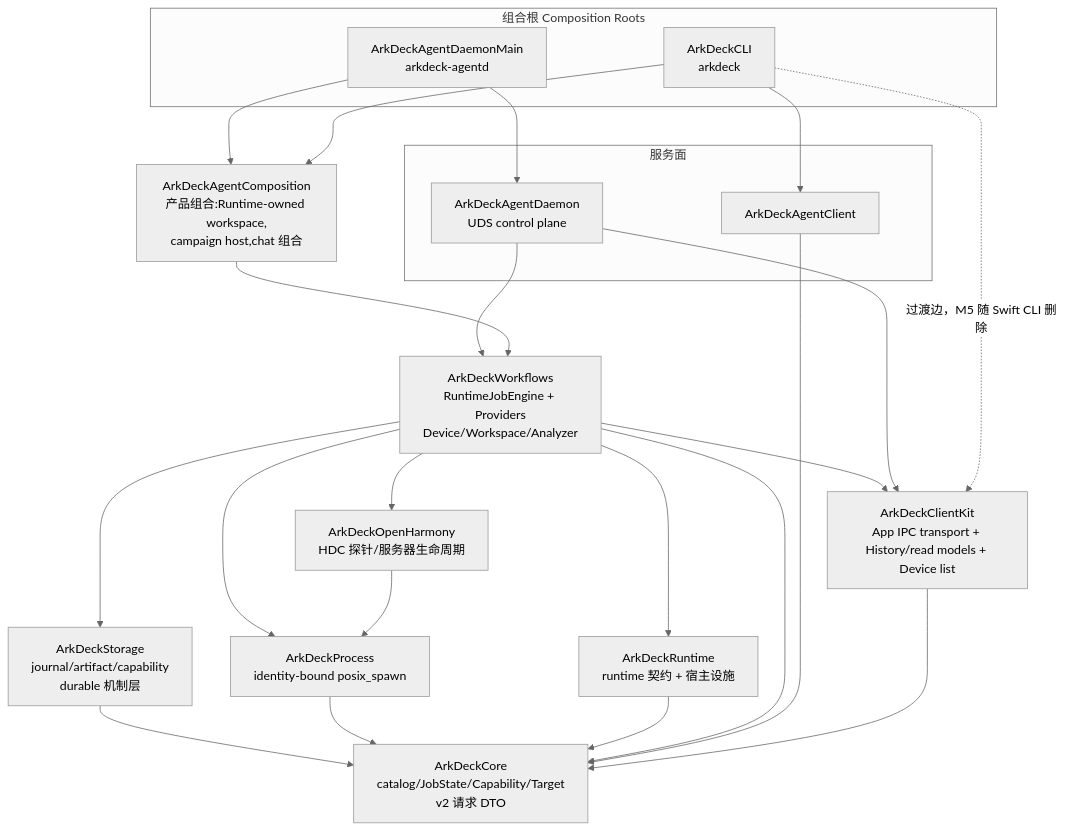
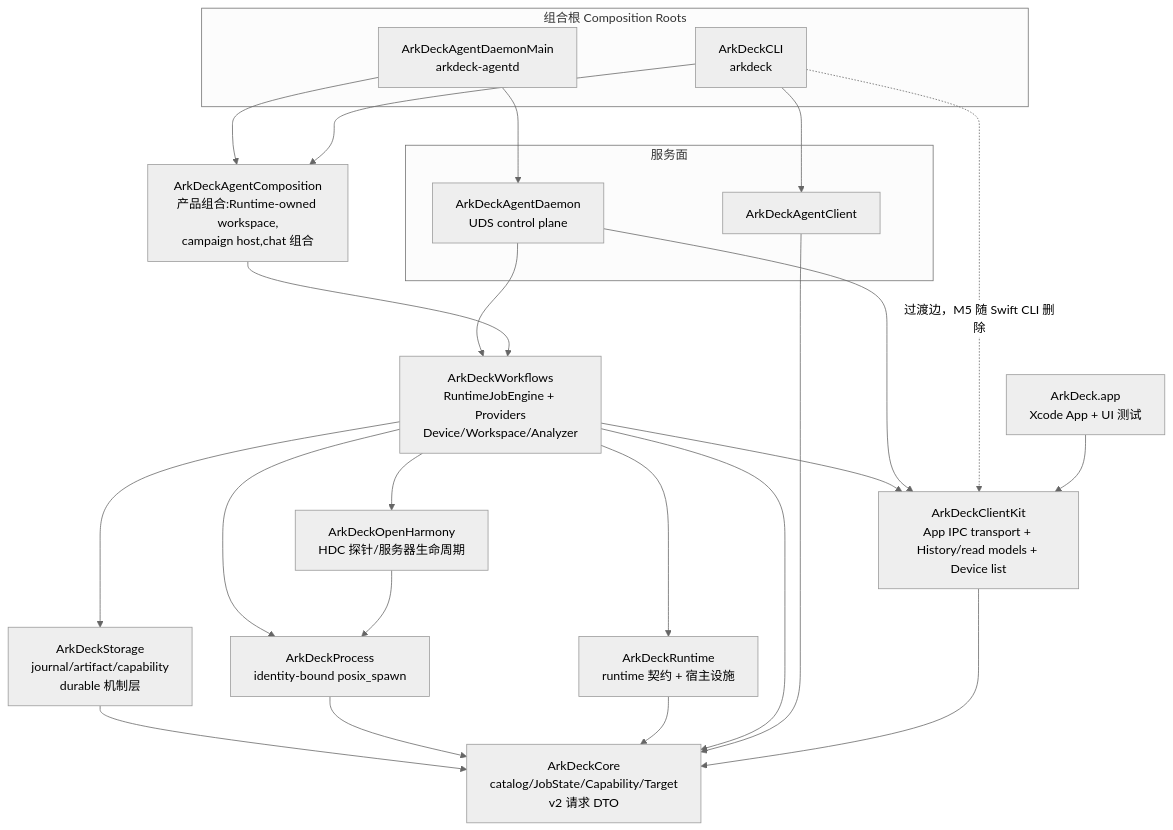
Before and after one commit to ArkDeck/ArkDeck: the diagram in docs/ArchitectureRules.md, drawn with Mermaid (neutral theme). The commit also changed other lines of this file and 23 other files, not shown here.

````diff
--- a/docs/ArchitectureRules.md
+++ b/docs/ArchitectureRules.md
@@ -24,39 +24,40 @@
 ```mermaid
 graph TD
     subgraph 组合根 Composition Roots
         DMAIN[ArkDeckAgentDaemonMain<br/>arkdeck-agentd]
         CLI[ArkDeckCLI<br/>arkdeck]
     end
     subgraph 服务面
         DAEMON[ArkDeckAgentDaemon<br/>UDS control plane]
         CLIENT[ArkDeckAgentClient]
     end
     COMP[ArkDeckAgentComposition<br/>产品组合:Runtime-owned workspace,<br/>campaign host,chat 组合]
     WORKFLOWS[ArkDeckWorkflows<br/>RuntimeJobEngine + Providers<br/>Device/Workspace/Analyzer]
     STORAGE[ArkDeckStorage<br/>journal/artifact/capability<br/>durable 机制层]
     OH[ArkDeckOpenHarmony<br/>HDC 探针/服务器生命周期]
     PROC[ArkDeckProcess<br/>identity-bound posix_spawn]
     RT[ArkDeckRuntime<br/>runtime 契约 + 宿主设施]
     CORE[ArkDeckCore<br/>catalog/JobState/Capability/Target<br/>v2 请求 DTO]
 
     DMAIN --> DAEMON
     DMAIN --> COMP
     CLI --> COMP
     CLI --> CLIENT
     DAEMON --> WORKFLOWS
     COMP --> WORKFLOWS
     WORKFLOWS --> OH
     WORKFLOWS --> STORAGE
     WORKFLOWS --> PROC
     WORKFLOWS --> RT
     OH --> PROC
     STORAGE --> CORE
     PROC --> CORE
     RT --> CORE
     WORKFLOWS --> CORE
     CLIENT --> CORE
     CLIENTKIT[ArkDeckClientKit<br/>App IPC transport + History/read models + Device list] --> CORE
     WORKFLOWS --> CLIENTKIT
     DAEMON --> CLIENTKIT
     CLI -.->|过渡边，M5 随 Swift CLI 删除| CLIENTKIT
+    APP[ArkDeck.app<br/>Xcode App + UI 测试] --> CLIENTKIT
 ```
````
